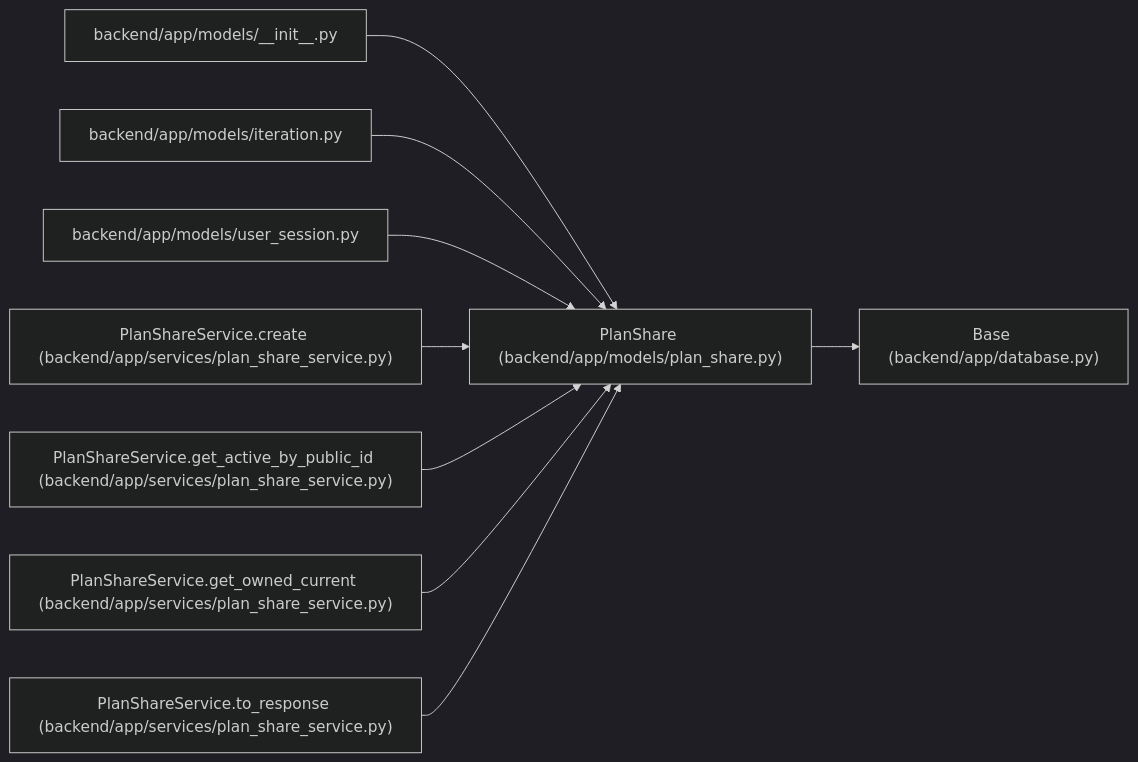
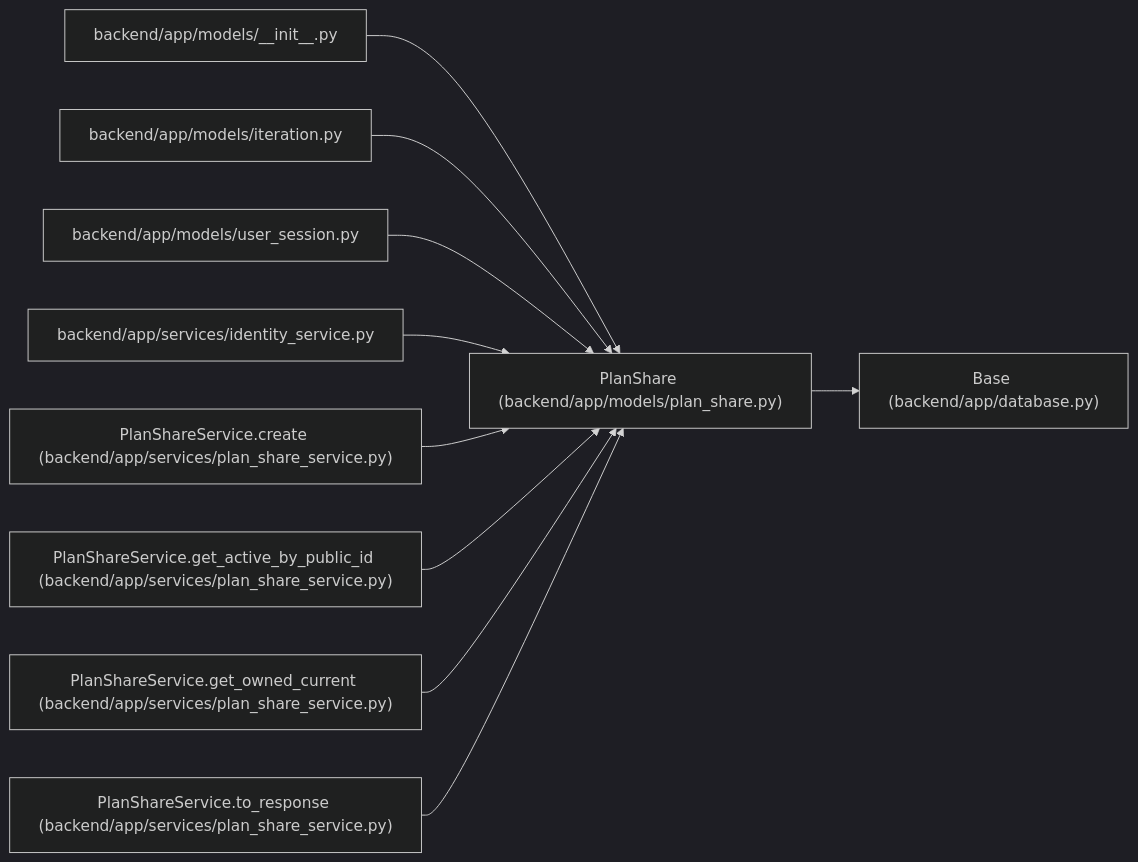
One commit to Denissvgn/WorkChord changed the diagram in docs/llm_wiki/entities/models_plan_share_PlanShare.md. Above: the diagram before and after it, drawn with Mermaid (dark theme). The commit also changed other lines of this file and 25171 other files, not shown here.

````diff
--- a/docs/llm_wiki/entities/models_plan_share_PlanShare.md
+++ b/docs/llm_wiki/entities/models_plan_share_PlanShare.md
@@ -35,29 +35,32 @@
 ```mermaid
 flowchart LR
     n0["PlanShare (backend/app/models/plan_share.py)"]
     n1["Base (backend/app/database.py)"]
     n2["backend/app/models/__init__.py"]
     n3["backend/app/models/iteration.py"]
     n4["backend/app/models/user_session.py"]
-    n5["PlanShareService.create (backend/app/services/plan_share_service.py)"]
-    n6["PlanShareService.get_active_by_public_id (backend/app/services/plan_share_service.py)"]
-    n7["PlanShareService.get_owned_current (backend/app/services/plan_share_service.py)"]
-    n8["PlanShareService.to_response (backend/app/services/plan_share_service.py)"]
+    n5["backend/app/services/identity_service.py"]
+    n6["PlanShareService.create (backend/app/services/plan_share_service.py)"]
+    n7["PlanShareService.get_active_by_public_id (backend/app/services/plan_share_service.py)"]
+    n8["PlanShareService.get_owned_current (backend/app/services/plan_share_service.py)"]
+    n9["PlanShareService.to_response (backend/app/services/plan_share_service.py)"]
     n0 --> n1
     n2 --> n0
     n3 --> n0
     n4 --> n0
     n5 --> n0
     n6 --> n0
     n7 --> n0
     n8 --> n0
+    n9 --> n0
     click n0 "../modules/models_plan_share.md"
     click n1 "../modules/app_database.md"
     click n2 "../modules/models___init__.md"
     click n3 "../modules/models_iteration.md"
     click n4 "../modules/user_session.md"
-    click n5 "../modules/plan_share_service.md"
+    click n5 "../modules/identity_service.md"
     click n6 "../modules/plan_share_service.md"
     click n7 "../modules/plan_share_service.md"
     click n8 "../modules/plan_share_service.md"
+    click n9 "../modules/plan_share_service.md"
 ```
````
